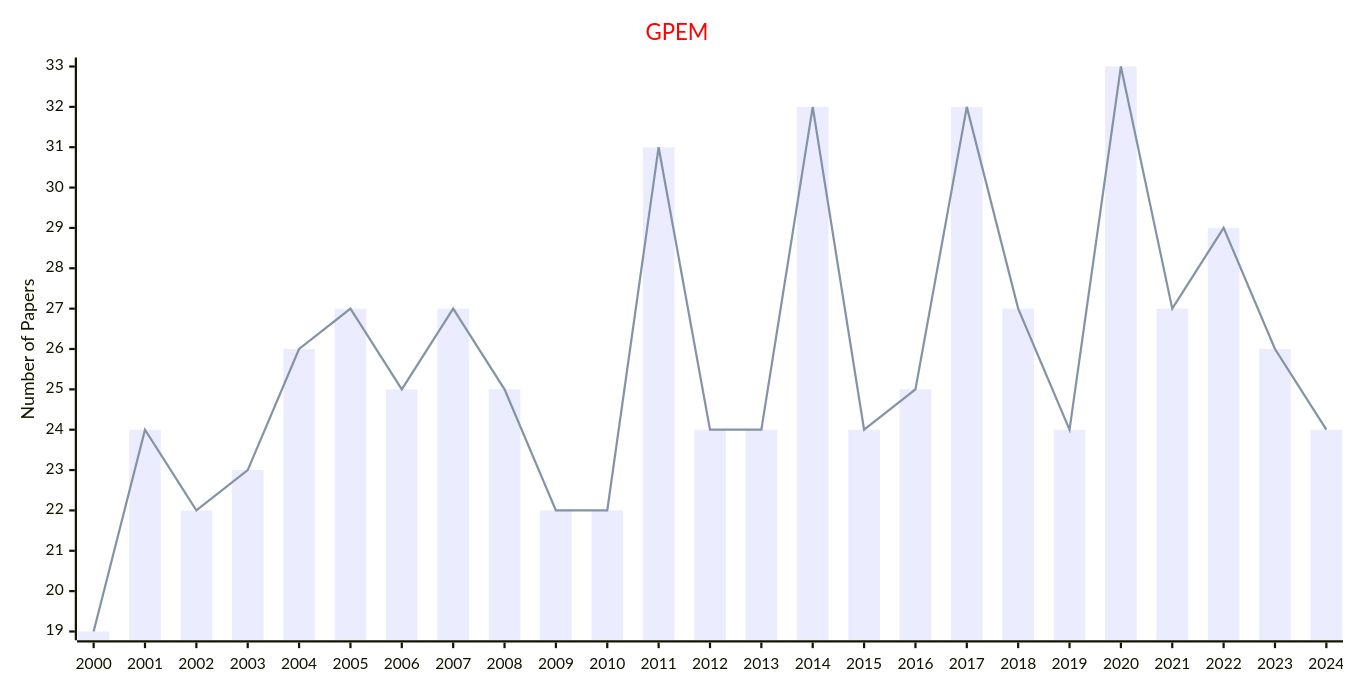
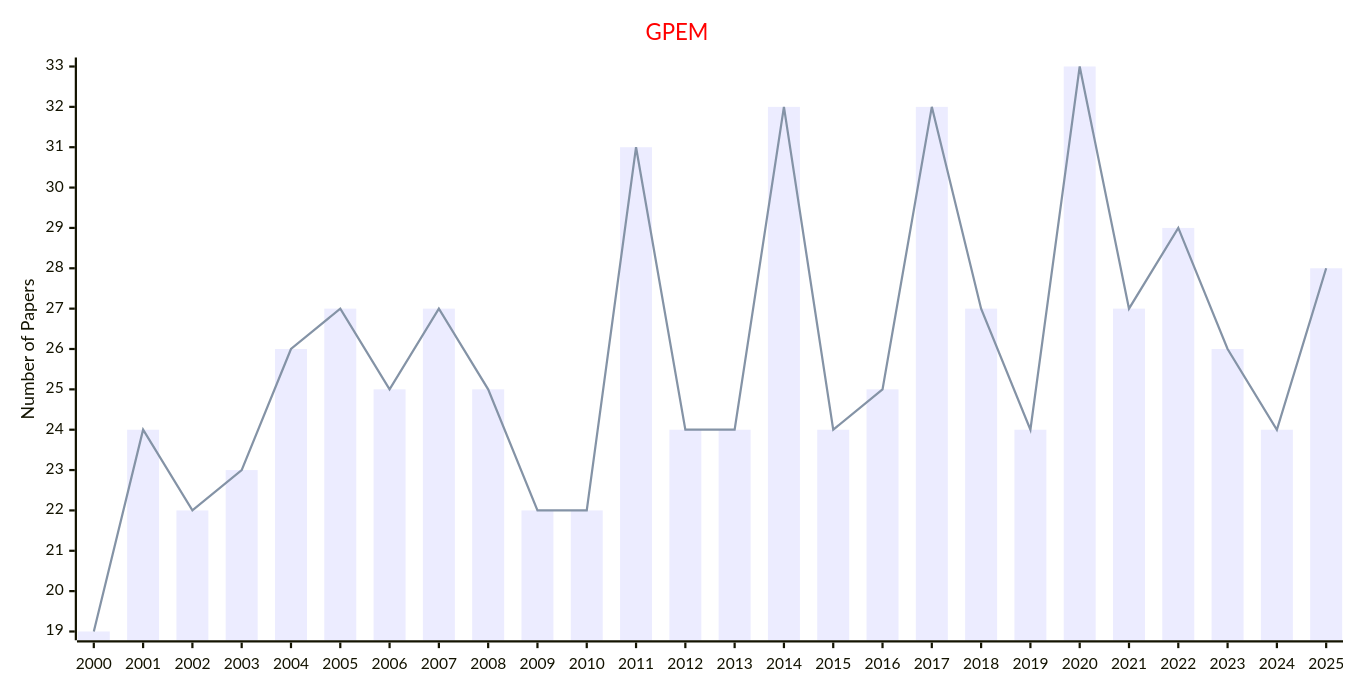
One commit to Easy-PhD/AILinks changed the tenth of 15 diagrams in docs/data/Journals/Statistics_Journals/Evolutionary_Computation.md. Above: the diagram before and after it, drawn with Mermaid. The commit also changed other lines of this file and 107 other files, not shown here.

````diff
--- a/docs/data/Journals/Statistics_Journals/Evolutionary_Computation.md
+++ b/docs/data/Journals/Statistics_Journals/Evolutionary_Computation.md
@@ -225,17 +225,17 @@
 ```mermaid
 ---
 config:
     xyChart:
         width: 1200
         height: 600
     themeVariables:
         xyChart:
             titleColor: "#ff0000"
 ---
 xychart-beta
     title "GPEM"
-    x-axis [2000, 2001, 2002, 2003, 2004, 2005, 2006, 2007, 2008, 2009, 2010, 2011, 2012, 2013, 2014, 2015, 2016, 2017, 2018, 2019, 2020, 2021, 2022, 2023, 2024]
+    x-axis [2000, 2001, 2002, 2003, 2004, 2005, 2006, 2007, 2008, 2009, 2010, 2011, 2012, 2013, 2014, 2015, 2016, 2017, 2018, 2019, 2020, 2021, 2022, 2023, 2024, 2025]
     y-axis "Number of Papers"
-    bar [19, 24, 22, 23, 26, 27, 25, 27, 25, 22, 22, 31, 24, 24, 32, 24, 25, 32, 27, 24, 33, 27, 29, 26, 24]
-    line [19, 24, 22, 23, 26, 27, 25, 27, 25, 22, 22, 31, 24, 24, 32, 24, 25, 32, 27, 24, 33, 27, 29, 26, 24]
+    bar [19, 24, 22, 23, 26, 27, 25, 27, 25, 22, 22, 31, 24, 24, 32, 24, 25, 32, 27, 24, 33, 27, 29, 26, 24, 28]
+    line [19, 24, 22, 23, 26, 27, 25, 27, 25, 22, 22, 31, 24, 24, 32, 24, 25, 32, 27, 24, 33, 27, 29, 26, 24, 28]
 ```
````
